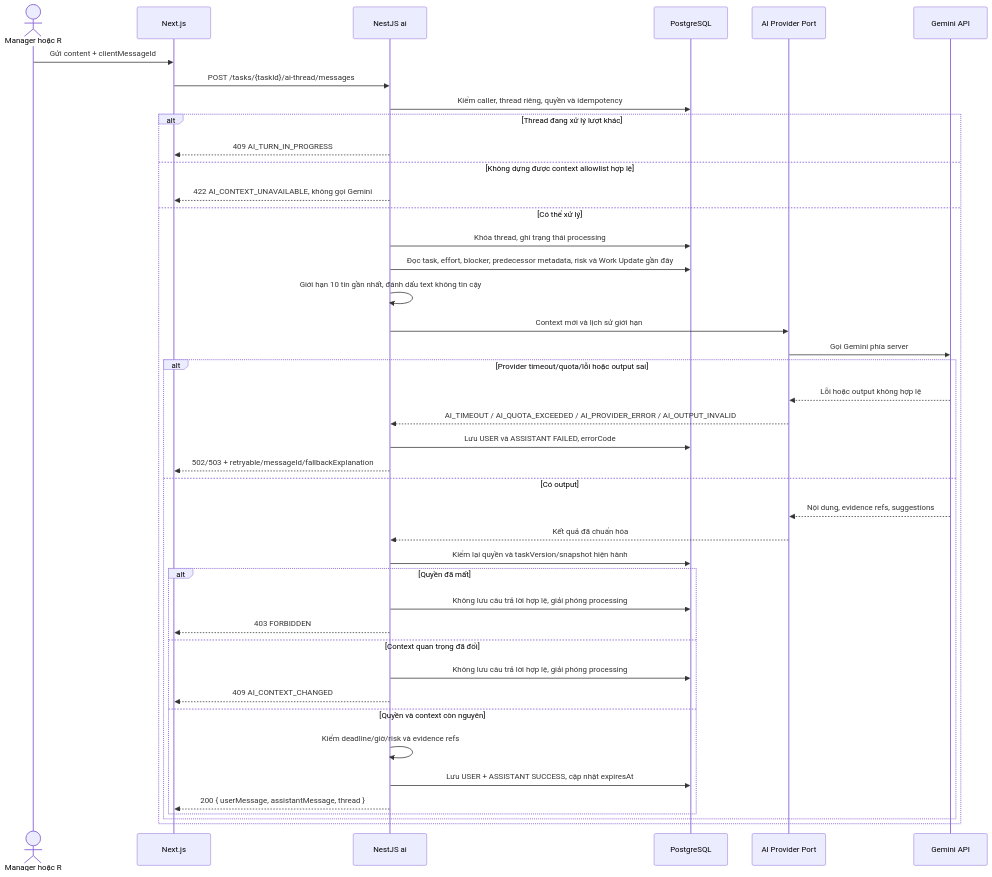
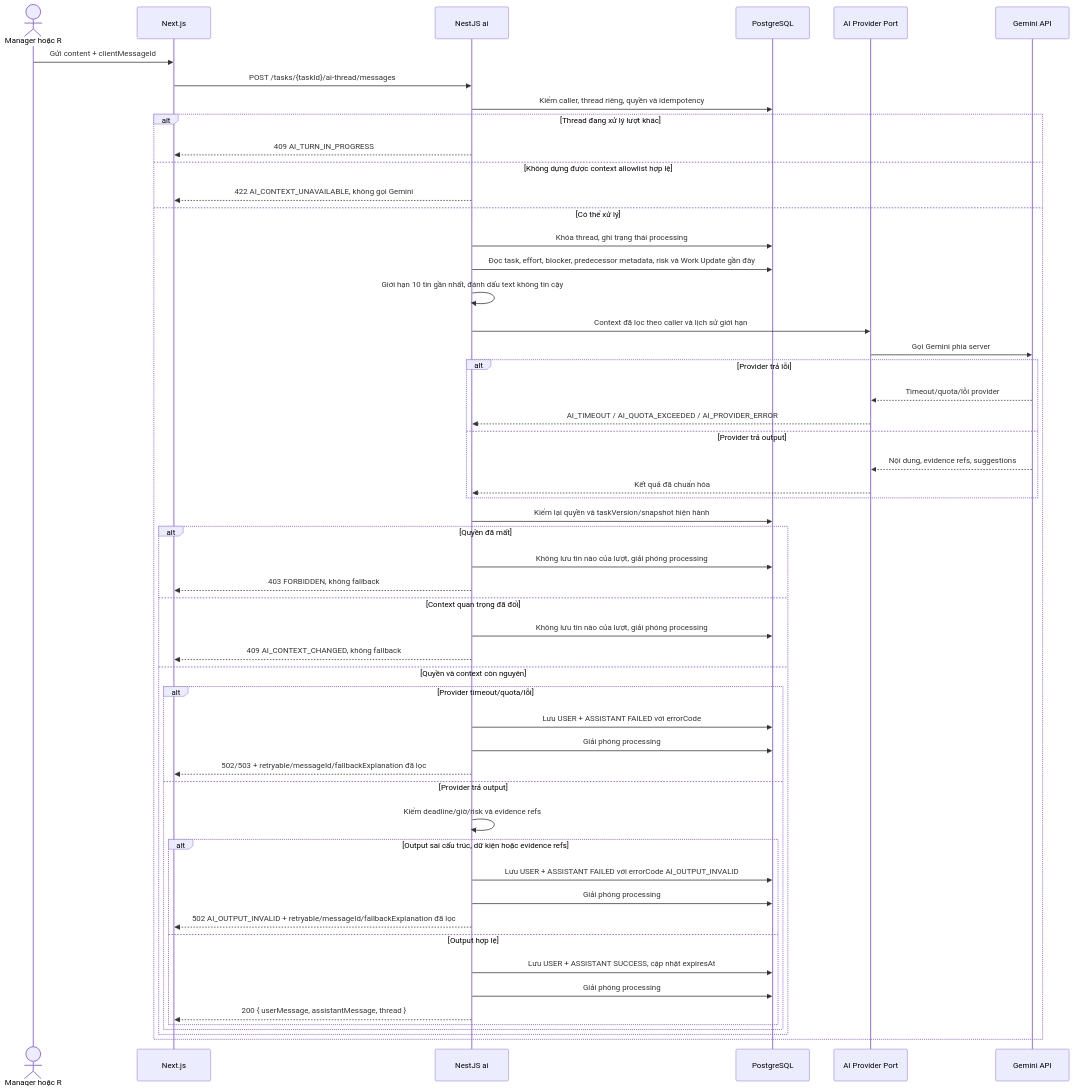
One commit to KhoiTran2905/CWRM-platform changed the fourth of 4 diagrams in docs/architecture/CWRM-11_Architecture.md. Above: the diagram before and after it, drawn with Mermaid. The commit also changed other lines of this file and 3 other files, not shown here.

First line of the commit message:
docs(CWRM-18): nâng contract lên 0.3.1-draft theo review của Ban và Hiệp

````diff
--- a/docs/architecture/CWRM-11_Architecture.md
+++ b/docs/architecture/CWRM-11_Architecture.md
@@ -295,45 +300,56 @@
 ```mermaid
 sequenceDiagram
     actor U as Manager hoặc R
     participant UI as Next.js
     participant API as NestJS ai
     participant DB as PostgreSQL
     participant PORT as AI Provider Port
     participant GEMINI as Gemini API
 
     U->>UI: Gửi content + clientMessageId
     UI->>API: POST /tasks/{taskId}/ai-thread/messages
     API->>DB: Kiểm caller, thread riêng, quyền và idempotency
     alt Thread đang xử lý lượt khác
         API-->>UI: 409 AI_TURN_IN_PROGRESS
     else Không dựng được context allowlist hợp lệ
         API-->>UI: 422 AI_CONTEXT_UNAVAILABLE, không gọi Gemini
     else Có thể xử lý
         API->>DB: Khóa thread, ghi trạng thái processing
         API->>DB: Đọc task, effort, blocker, predecessor metadata, risk và Work Update gần đây
         API->>API: Giới hạn 10 tin gần nhất, đánh dấu text không tin cậy
-        API->>PORT: Context mới và lịch sử giới hạn
+        API->>PORT: Context đã lọc theo caller và lịch sử giới hạn
         PORT->>GEMINI: Gọi Gemini phía server
-        alt Provider timeout/quota/lỗi hoặc output sai
-            GEMINI-->>PORT: Lỗi hoặc output không hợp lệ
-            PORT-->>API: AI_TIMEOUT / AI_QUOTA_EXCEEDED / AI_PROVIDER_ERROR / AI_OUTPUT_INVALID
-            API->>DB: Lưu USER và ASSISTANT FAILED, errorCode
-            API-->>UI: 502/503 + retryable/messageId/fallbackExplanation
-        else Có output
+        alt Provider trả lỗi
+            GEMINI-->>PORT: Timeout/quota/lỗi provider
+            PORT-->>API: AI_TIMEOUT / AI_QUOTA_EXCEEDED / AI_PROVIDER_ERROR
+        else Provider trả output
             GEMINI-->>PORT: Nội dung, evidence refs, suggestions
             PORT-->>API: Kết quả đã chuẩn hóa
-            API->>DB: Kiểm lại quyền và taskVersion/snapshot hiện hành
-            alt Quyền đã mất
-                API->>DB: Không lưu câu trả lời hợp lệ, giải phóng processing
-                API-->>UI: 403 FORBIDDEN
-            else Context quan trọng đã đổi
-                API->>DB: Không lưu câu trả lời hợp lệ, giải phóng processing
-                API-->>UI: 409 AI_CONTEXT_CHANGED
-            else Quyền và context còn nguyên
+        end
+        API->>DB: Kiểm lại quyền và taskVersion/snapshot hiện hành
+        alt Quyền đã mất
+            API->>DB: Không lưu tin nào của lượt, giải phóng processing
+            API-->>UI: 403 FORBIDDEN, không fallback
+        else Context quan trọng đã đổi
+            API->>DB: Không lưu tin nào của lượt, giải phóng processing
+            API-->>UI: 409 AI_CONTEXT_CHANGED, không fallback
+        else Quyền và context còn nguyên
+            alt Provider timeout/quota/lỗi
+                API->>DB: Lưu USER + ASSISTANT FAILED với errorCode
+                API->>DB: Giải phóng processing
+                API-->>UI: 502/503 + retryable/messageId/fallbackExplanation đã lọc
+            else Provider trả output
                 API->>API: Kiểm deadline/giờ/risk và evidence refs
-                API->>DB: Lưu USER + ASSISTANT SUCCESS, cập nhật expiresAt
-                API-->>UI: 200 { userMessage, assistantMessage, thread }
+                alt Output sai cấu trúc, dữ kiện hoặc evidence refs
+                    API->>DB: Lưu USER + ASSISTANT FAILED với errorCode AI_OUTPUT_INVALID
+                    API->>DB: Giải phóng processing
+                    API-->>UI: 502 AI_OUTPUT_INVALID + retryable/messageId/fallbackExplanation đã lọc
+                else Output hợp lệ
+                    API->>DB: Lưu USER + ASSISTANT SUCCESS, cập nhật expiresAt
+                    API->>DB: Giải phóng processing
+                    API-->>UI: 200 { userMessage, assistantMessage, thread }
+                end
             end
         end
     end
 ```
````
